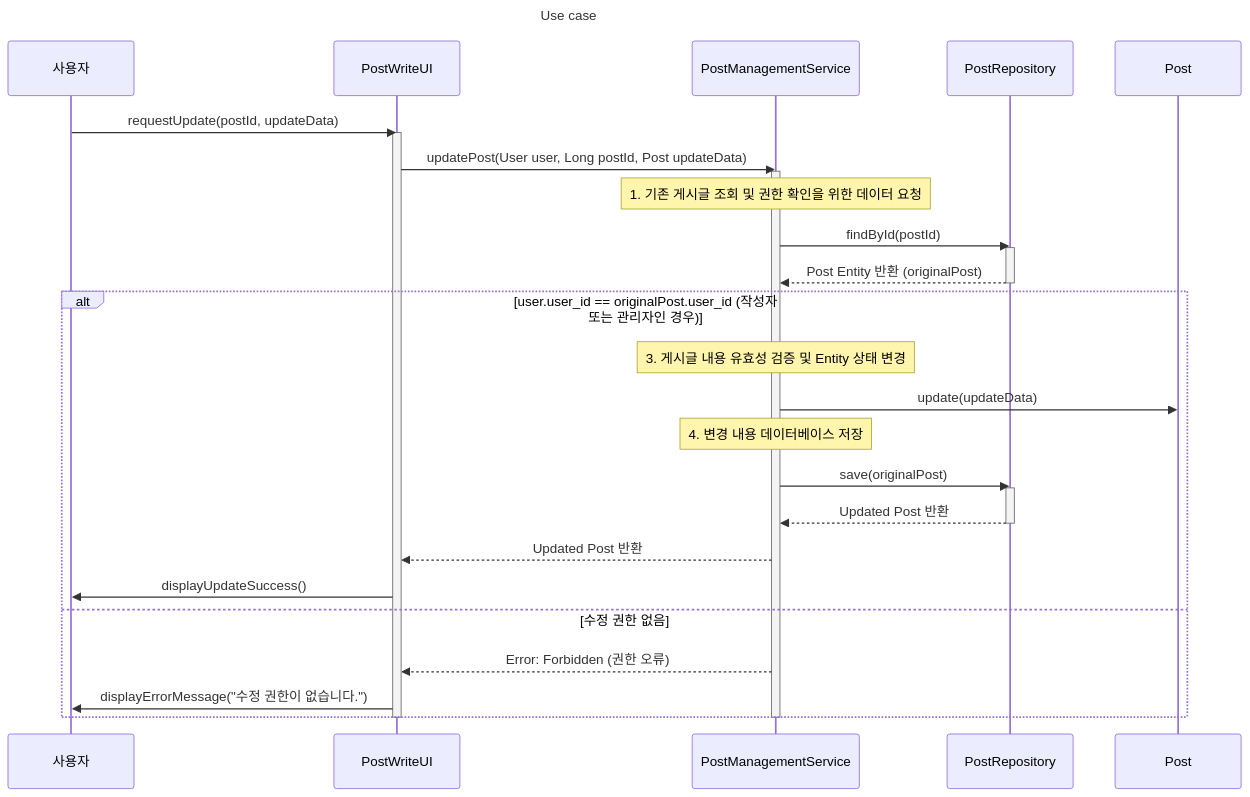
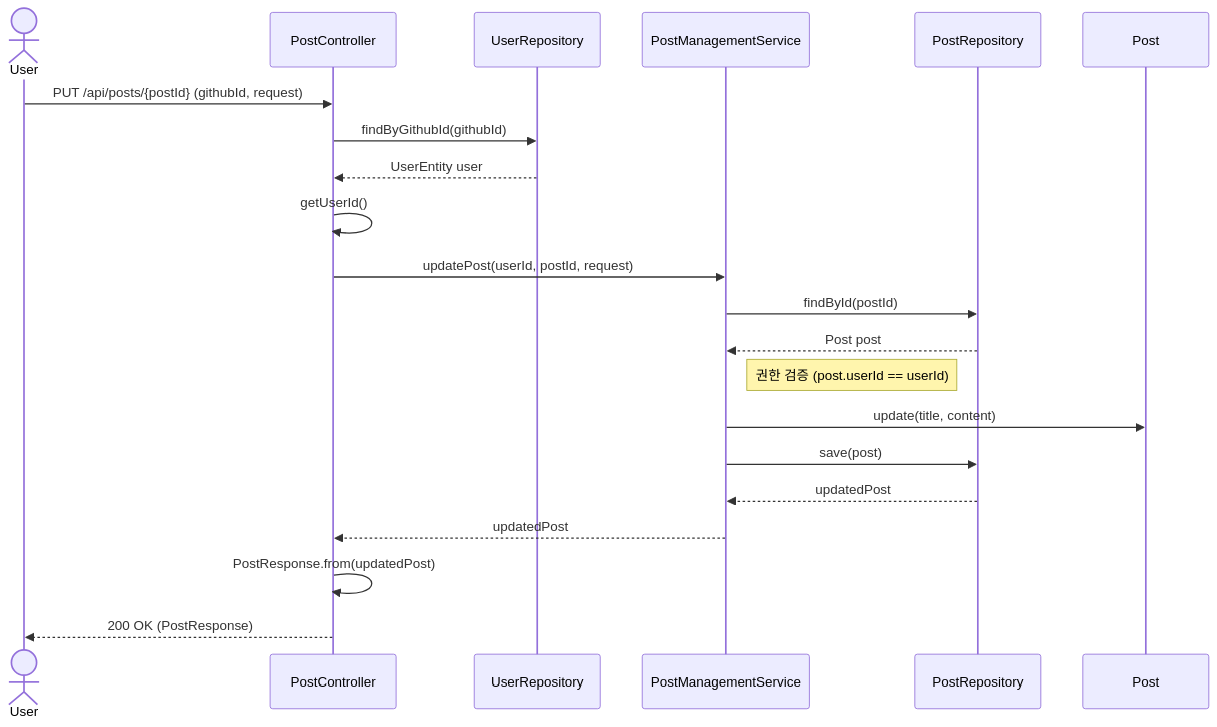
Before and after one commit to OHWCH/se_dev: diagram 33 of 47 in SDS_[깃라잡이].md, drawn with Mermaid. The commit also changed other lines of this file, not shown here.

````diff
--- a/SDS_[깃라잡이].md
+++ b/SDS_[깃라잡이].md
@@ -5856,44 +5647,28 @@
 ```mermaid
 sequenceDiagram
-    participant User as 사용자
-    participant Boundary as PostWriteUI
-    participant Control as PostManagementService
-    participant Repository_P as PostRepository
-    participant Entity_P as Post
-    
-    Title: Use case #28: 게시글 수정
-    
-    User->>Boundary: requestUpdate(postId, updateData)
-    activate Boundary
-    
-    Boundary->>Control: updatePost(User user, Long postId, Post updateData)
-    activate Control
-    
-    Note over Control: 1. 기존 게시글 조회 및 권한 확인을 위한 데이터 요청
-    
-    Control->>Repository_P: findById(postId)
-    activate Repository_P
-    Repository_P-->>Control: Post Entity 반환 (originalPost)
-    deactivate Repository_P
-    
-    alt user.user_id == originalPost.user_id (작성자 또는 관리자인 경우)
-        
-        Note over Control: 3. 게시글 내용 유효성 검증 및 Entity 상태 변경
-        Control->>Entity_P: update(updateData)
-        
-        Note over Control: 4. 변경 내용 데이터베이스 저장
-        Control->>Repository_P: save(originalPost)
-        activate Repository_P
-        Repository_P-->>Control: Updated Post 반환
-        deactivate Repository_P
-        
-        Control-->>Boundary: Updated Post 반환
-        Boundary->>User: displayUpdateSuccess()
-    else 수정 권한 없음
-        Control-->>Boundary: Error: Forbidden (권한 오류)
-        Boundary->>User: displayErrorMessage("수정 권한이 없습니다.")
-    end
-    
-    deactivate Control
-    deactivate Boundary
+    actor User
+    User ->> PostController: PUT /api/posts/{postId} (githubId, request)
+
+    %% 1. 사용자 조회
+    PostController ->> UserRepository: findByGithubId(githubId)
+    UserRepository -->> PostController: UserEntity user
+    PostController ->> PostController: getUserId()
+
+    %% 2. Service 로직 위임
+    PostController ->> PostManagementService: updatePost(userId, postId, request)
+
+    PostManagementService ->> PostRepository: findById(postId)
+    PostRepository -->> PostManagementService: Post post
+
+    Note right of PostManagementService: 권한 검증 (post.userId == userId)
+
+    PostManagementService ->> Post: update(title, content)
+    PostManagementService ->> PostRepository: save(post)
+    PostRepository -->> PostManagementService: updatedPost
+
+    PostManagementService -->> PostController: updatedPost
+
+    %% 3. 응답
+    PostController ->> PostController: PostResponse.from(updatedPost)
+    PostController -->> User: 200 OK (PostResponse)
 ```
````
